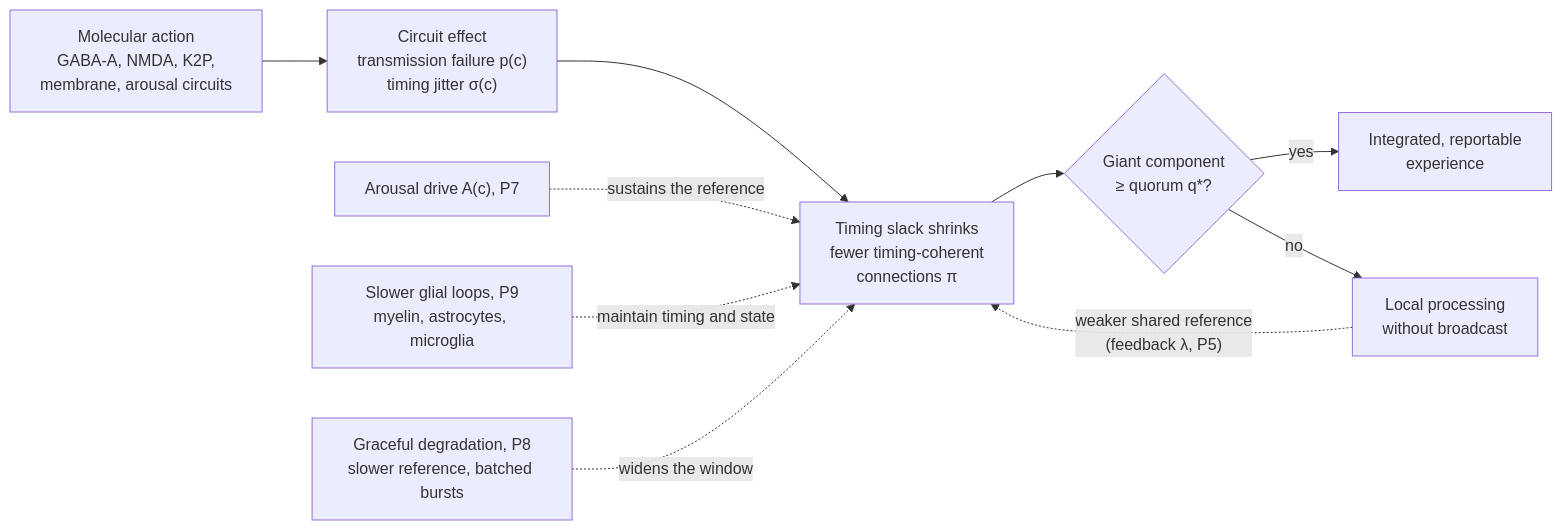
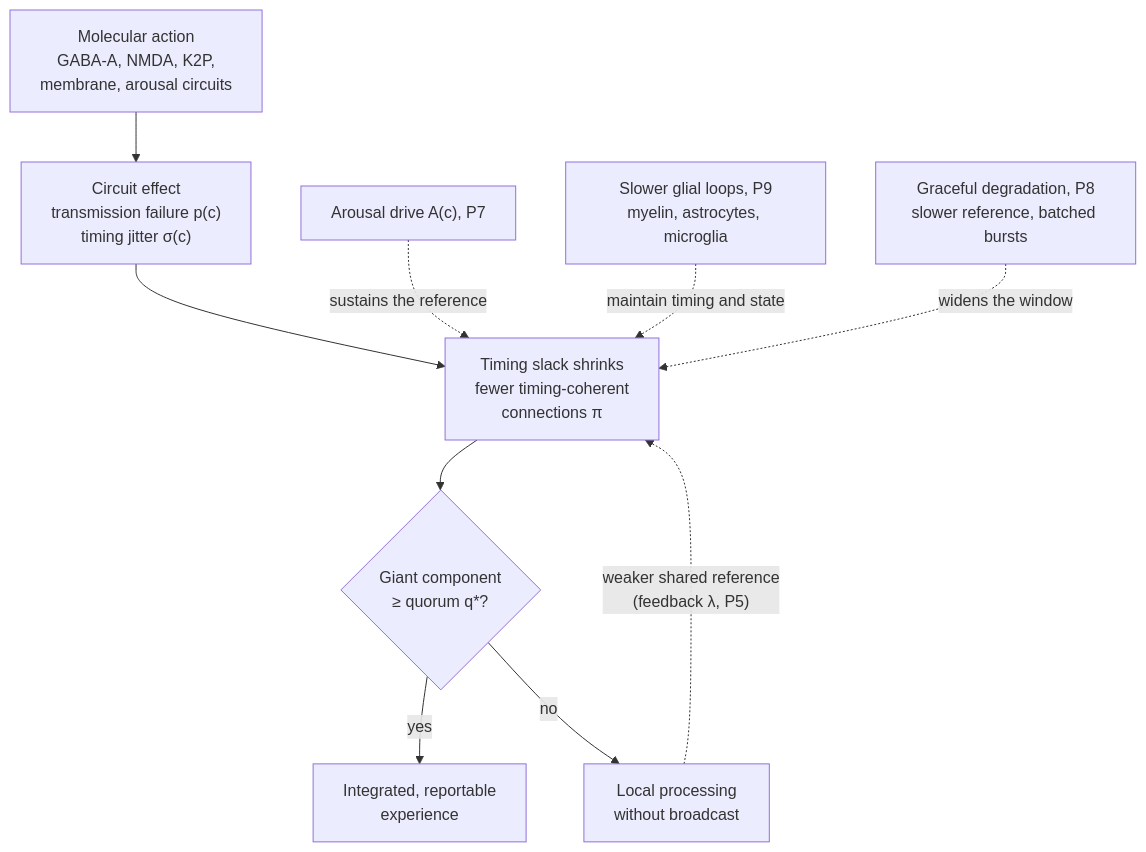
Before and after one commit to DrGabriel/neuroscience: the first of 2 diagrams in white_paper_anesthesia_consensus.md, drawn with Mermaid. The commit also changed other lines of this file and 28 other files, not shown here.

````diff
--- a/white_paper_anesthesia_consensus.md
+++ b/white_paper_anesthesia_consensus.md
@@ -255,12 +255,12 @@
 ```mermaid
-flowchart LR
+flowchart TB
     A["Molecular action<br/>GABA-A, NMDA, K2P,<br/>membrane, arousal circuits"] --> B["Circuit effect<br/>transmission failure p(c)<br/>timing jitter σ(c)"]
     B --> C["Timing slack shrinks<br/>fewer timing-coherent<br/>connections π"]
     C --> D{"Giant component<br/>≥ quorum q*?"}
     D -- yes --> E["Integrated, reportable<br/>experience"]
     D -- no --> F["Local processing<br/>without broadcast"]
     F -. "weaker shared reference<br/>(feedback λ, P5)" .-> C
     G["Arousal drive A(c), P7"] -. "sustains the reference" .-> C
     I["Slower glial loops, P9<br/>myelin, astrocytes, microglia"] -. "maintain timing and state" .-> C
     H["Graceful degradation, P8<br/>slower reference, batched bursts"] -. "widens the window" .-> C
 ```
````
